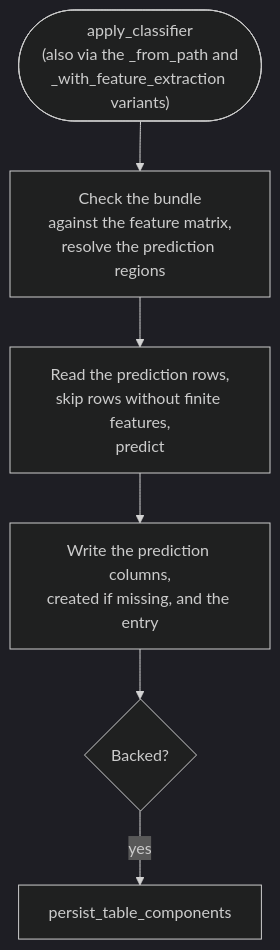
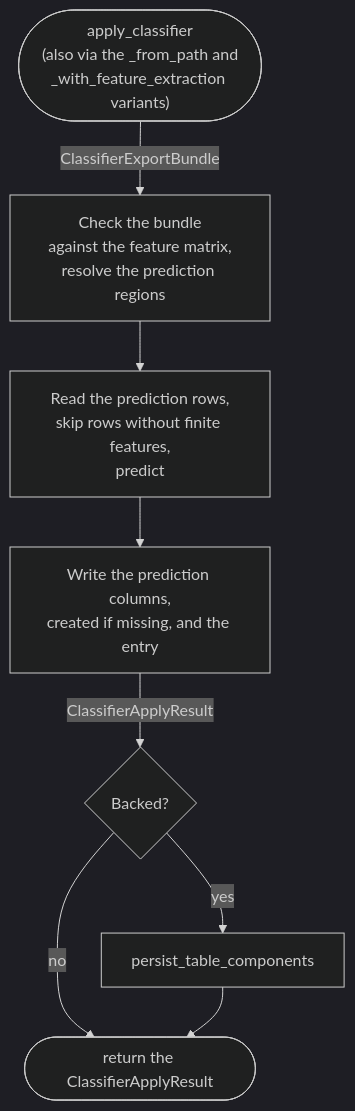
One commit to vibspatial/spatiato changed the second of 2 diagrams in docs/development/classifier.md. Above: the diagram before and after it, drawn with Mermaid (dark theme). The commit also changed other lines of this file, not shown here.

Commit message:
classifier

````diff
--- a/docs/development/classifier.md
+++ b/docs/development/classifier.md
@@ -110,8 +110,10 @@
 ```mermaid
 flowchart TD
-    h_entry(["apply_classifier<br/>(also via the _from_path and<br/>_with_feature_extraction variants)"]) --> h_check["Check the bundle<br/>against the feature matrix,<br/>resolve the prediction regions"]
+    h_entry(["apply_classifier<br/>(also via the _from_path and<br/>_with_feature_extraction variants)"]) -- ClassifierExportBundle --> h_check["Check the bundle<br/>against the feature matrix,<br/>resolve the prediction regions"]
     h_check --> h_predict["Read the prediction rows,<br/>skip rows without finite features,<br/>predict"]
     h_predict --> h_write["Write the prediction columns,<br/>created if missing, and the entry"]
-    h_write --> h_backed{"Backed?"}
+    h_write -- ClassifierApplyResult --> h_backed{"Backed?"}
     h_backed -- yes --> h_persist["persist_table_components"]
+    h_backed -- no --> h_return(["return the ClassifierApplyResult"])
+    h_persist --> h_return
 ```
````
